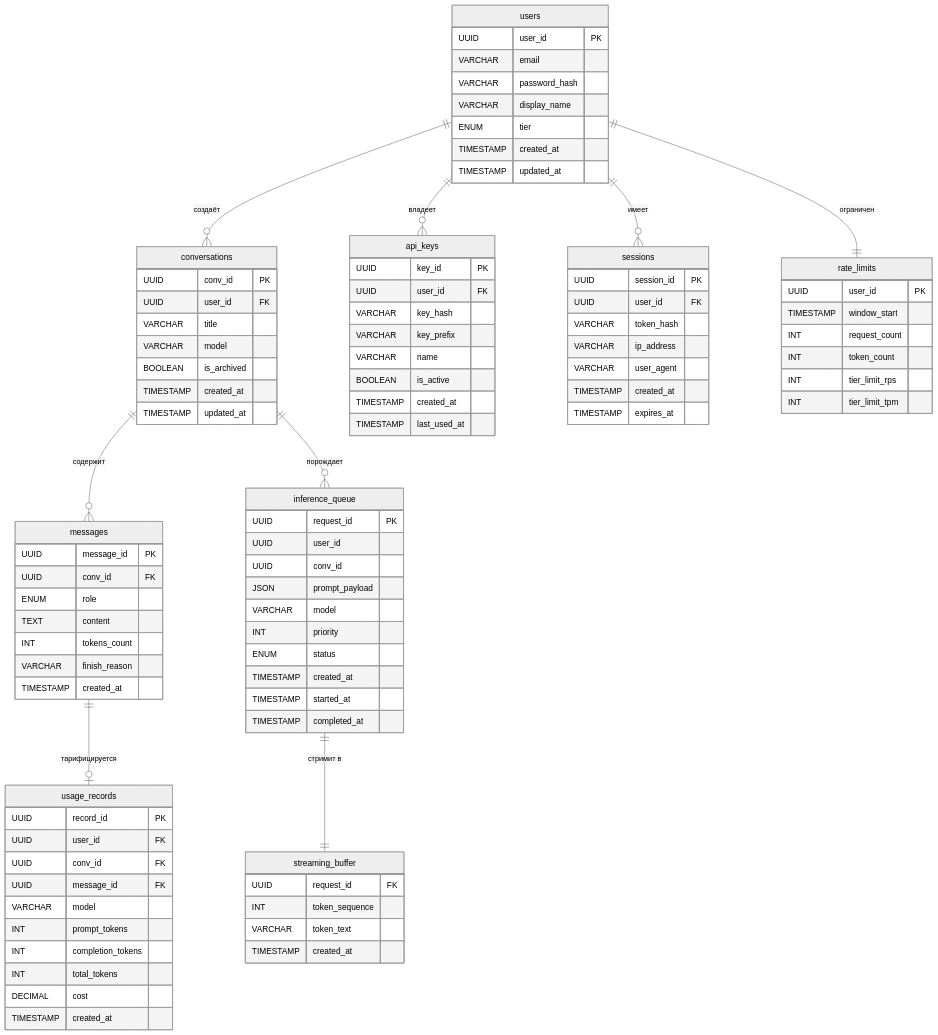
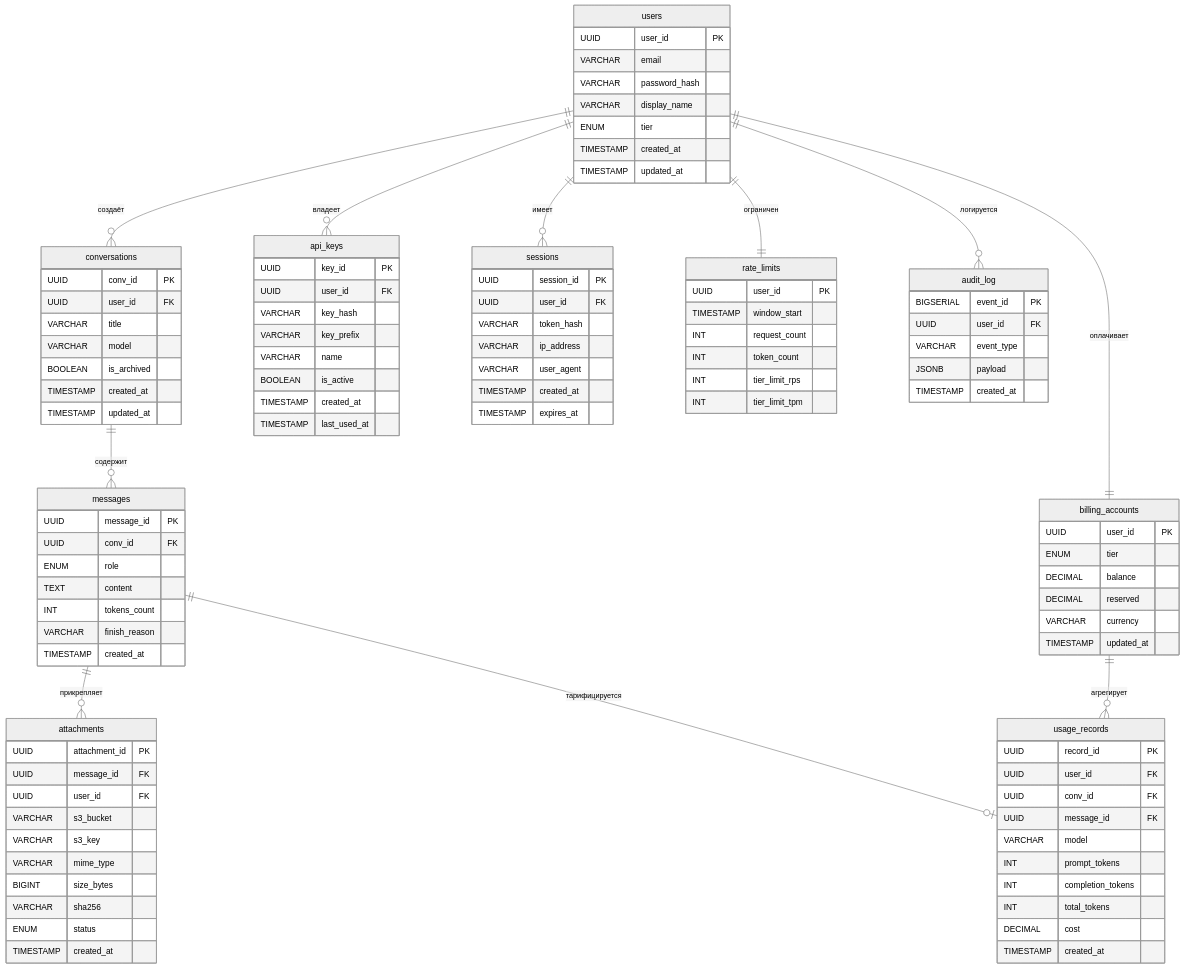
Before and after one commit to yaksase/highload_hse: the second of 8 diagrams in README.md, drawn with Mermaid (neutral theme). The commit also changed other lines of this file and 35 other files, not shown here.

````diff
--- a/README.md
+++ b/README.md
@@ -782,10 +1062,12 @@
     users ||--o{ api_keys : "владеет"
     users ||--o{ sessions : "имеет"
     users ||--|| rate_limits : "ограничен"
+    users ||--|| billing_accounts : "оплачивает"
     conversations ||--o{ messages : "содержит"
-    conversations ||--o{ inference_queue : "порождает"
-    inference_queue ||--|| streaming_buffer : "стримит в"
+    messages ||--o{ attachments : "прикрепляет"
     messages ||--o| usage_records : "тарифицируется"
+    billing_accounts ||--o{ usage_records : "агрегирует"
+    users ||--o{ audit_log : "логируется"
 
     users {
         UUID user_id PK
@@ -860,23 +1142,33 @@
         INT tier_limit_tpm
     }
 
-    inference_queue {
-        UUID request_id PK
-        UUID user_id
-        UUID conv_id
-        JSON prompt_payload
-        VARCHAR model
-        INT priority
+    billing_accounts {
+        UUID user_id PK
+        ENUM tier
+        DECIMAL balance
+        DECIMAL reserved
+        VARCHAR currency
+        TIMESTAMP updated_at
+    }
+
+    attachments {
+        UUID attachment_id PK
+        UUID message_id FK
+        UUID user_id FK
+        VARCHAR s3_bucket
+        VARCHAR s3_key
+        VARCHAR mime_type
+        BIGINT size_bytes
+        VARCHAR sha256
         ENUM status
         TIMESTAMP created_at
-        TIMESTAMP started_at
-        TIMESTAMP completed_at
     }
 
-    streaming_buffer {
-        UUID request_id FK
-        INT token_sequence
-        VARCHAR token_text
+    audit_log {
+        BIGSERIAL event_id PK
+        UUID user_id FK
+        VARCHAR event_type
+        JSONB payload
         TIMESTAMP created_at
     }
 ```
````
